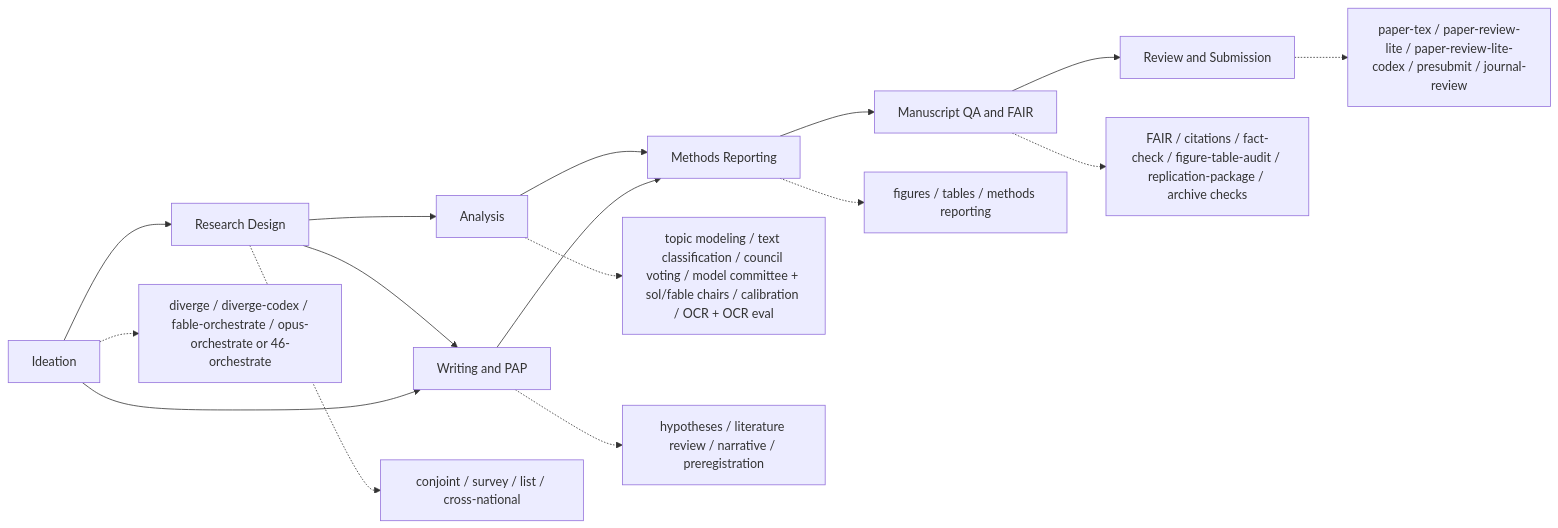
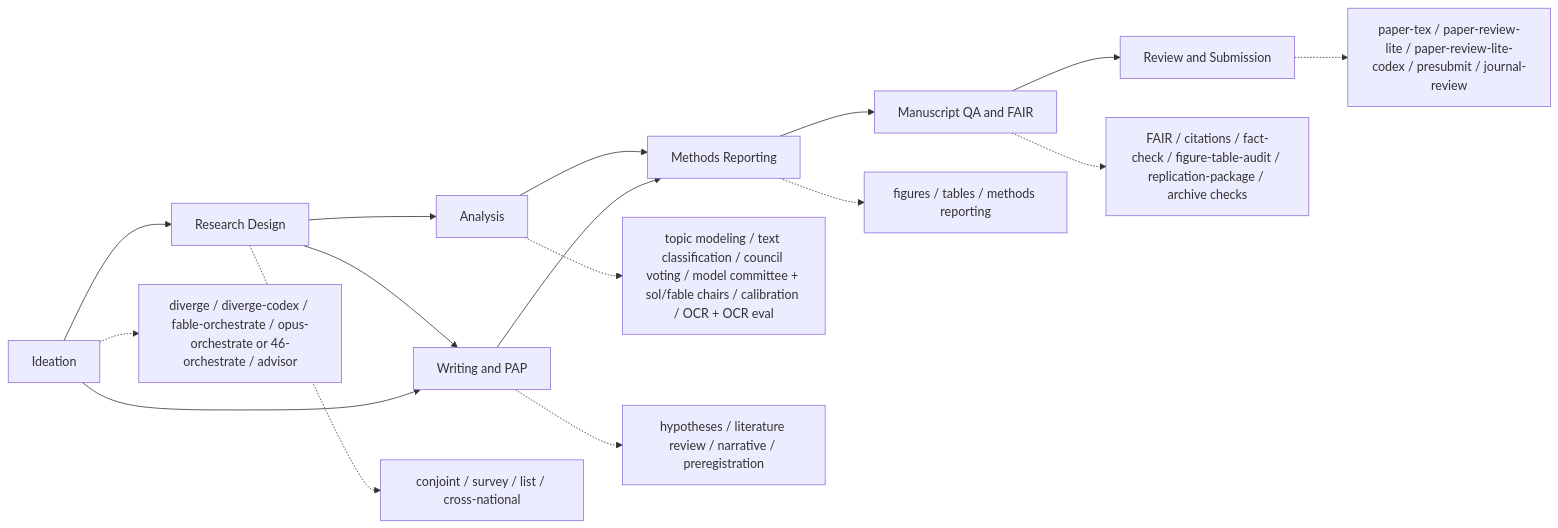
The diagram in README.md (scdenney/open-science-skills), drawn with Mermaid before and after one commit. The commit also changed other lines of this file and 11 other files, not shown here.

First line of the commit message:
Add advisor skill (Claude+Codex): independent second-reviewer consult, effort-matched to the calling session

````diff
--- a/README.md
+++ b/README.md
@@ -43,20 +43,20 @@
 ```mermaid
 flowchart LR
     A[Research Design] --> B[Analysis]
     A --> C[Writing and PAP]
     B --> D[Methods Reporting]
     C --> D
     D --> E[Manuscript QA and FAIR]
     E --> F[Review and Submission]
 
     G[Ideation] --> A
     G --> C
 
     A -.-> A1[conjoint / survey / list / cross-national]
     B -.-> B1[topic modeling / text classification / council voting / model committee + sol/fable chairs / calibration / OCR + OCR eval]
     C -.-> C1[hypotheses / literature review / narrative / preregistration]
     D -.-> D1[figures / tables / methods reporting]
     E -.-> E1[FAIR / citations / fact-check / figure-table-audit / replication-package / archive checks]
     F -.-> F1[paper-tex / paper-review-lite / paper-review-lite-codex / presubmit / journal-review]
-    G -.-> G1[diverge / diverge-codex / fable-orchestrate / opus-orchestrate or 46-orchestrate]
+    G -.-> G1[diverge / diverge-codex / fable-orchestrate / opus-orchestrate or 46-orchestrate / advisor]
 ```
````
